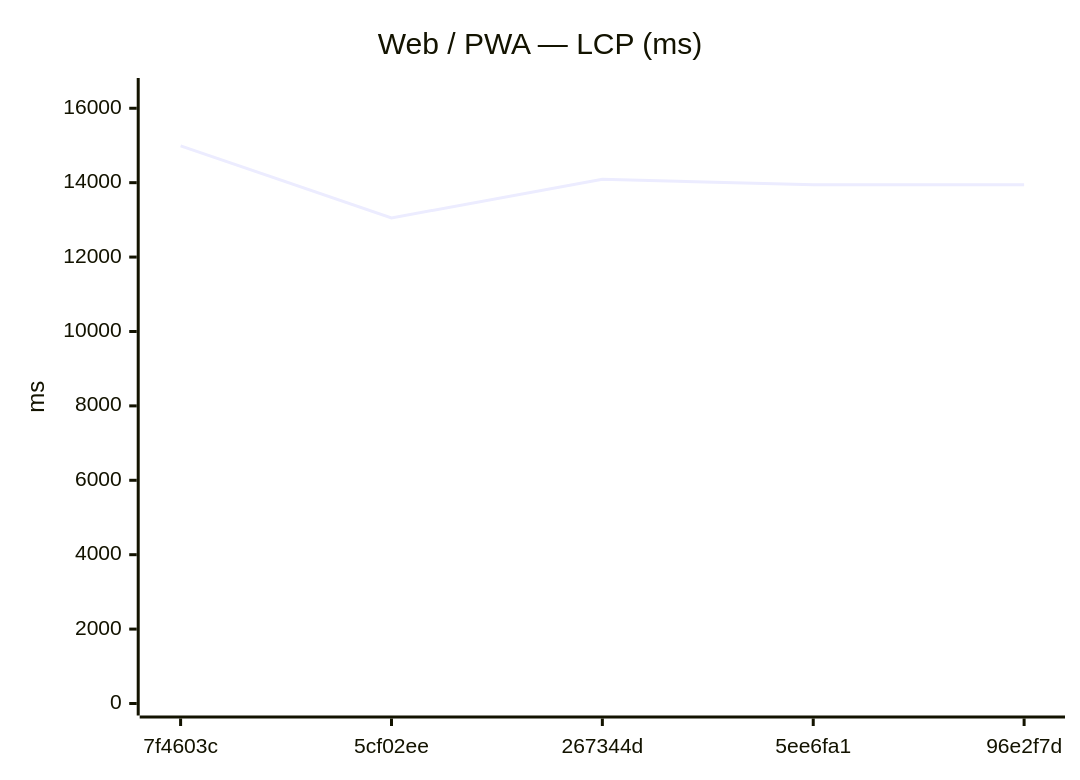
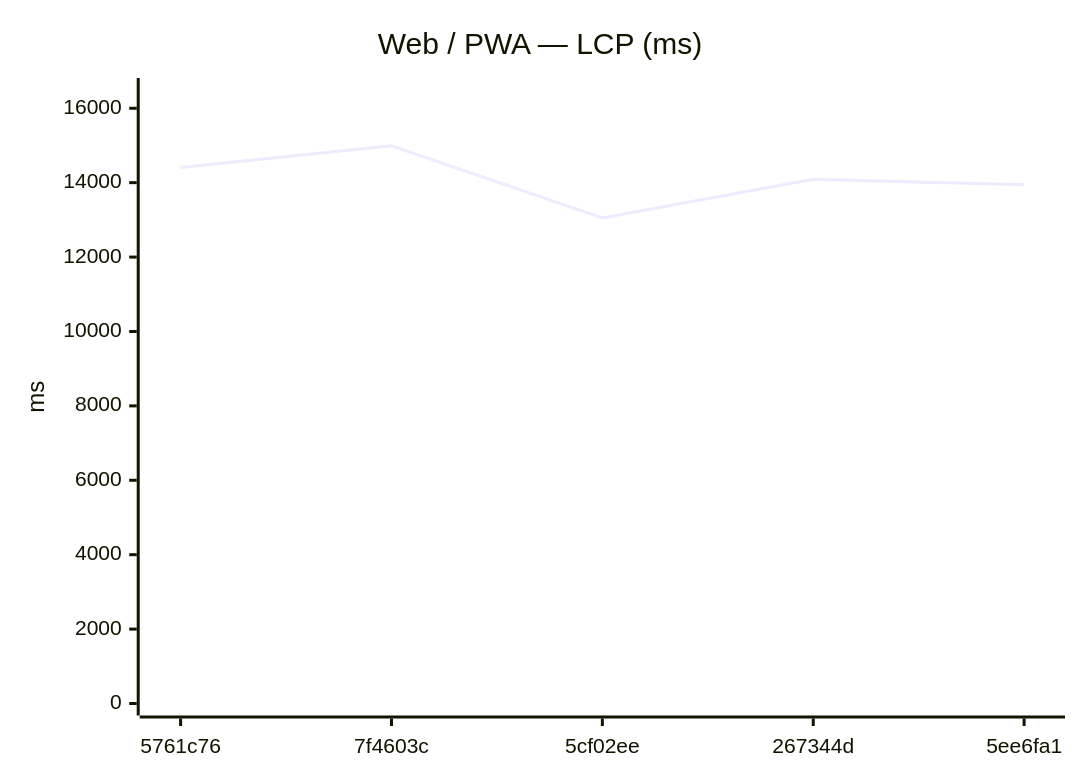
One commit to Metaheurist/Rianell changed the seventh of 18 diagrams in benchmarks/compare.md. Above: the diagram before and after it, drawn with Mermaid. The commit also changed other lines of this file and 11 other files, not shown here.

````diff
--- a/benchmarks/compare.md
+++ b/benchmarks/compare.md
@@ -117,7 +117,7 @@
 ```mermaid
 xychart-beta
     title "Web / PWA — LCP (ms)"
-    x-axis ["7f4603c", "5cf02ee", "267344d", "5ee6fa1", "96e2f7d"]
+    x-axis ["5761c76", "7f4603c", "5cf02ee", "267344d", "5ee6fa1"]
     y-axis "ms" 0 --> 16491
-    line [14991, 13053, 14092, 13942, 13945]
+    line [14406, 14991, 13053, 14092, 13942]
 ```
````
